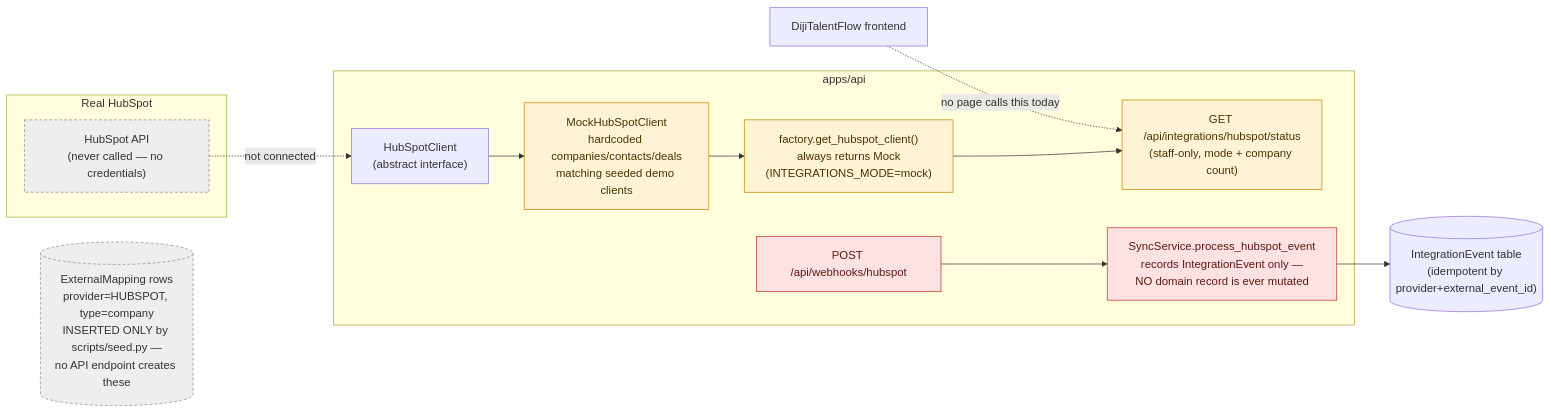
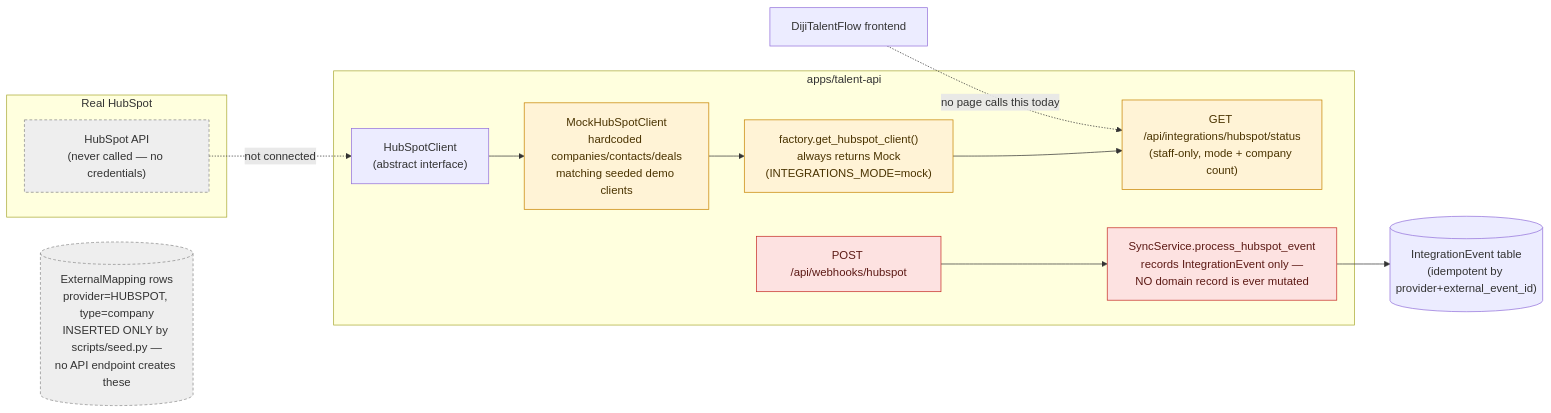
One commit to IMWeeriyasinghe/dijione-platform changed the diagram in docs/diagrams/source/08-hubspot-integration.mmd. Above: the diagram before and after it, drawn with Mermaid. The commit also changed 482 other files, not shown here.

Commit message:
checkpoint: complete DijiOne Phase 2.5 service architecture refactor

```diff
--- a/docs/diagrams/source/08-hubspot-integration.mmd
+++ b/docs/diagrams/source/08-hubspot-integration.mmd
@@ -1,30 +1,30 @@
 flowchart LR
     subgraph Real["Real HubSpot"]
         HS["HubSpot API\n(never called — no credentials)"]
     end
 
-    subgraph Backend["apps/api"]
+    subgraph Backend["apps/talent-api"]
         Iface["HubSpotClient\n(abstract interface)"]
         Mock["MockHubSpotClient\nhardcoded companies/contacts/deals\nmatching seeded demo clients"]
         Factory["factory.get_hubspot_client()\nalways returns Mock\n(INTEGRATIONS_MODE=mock)"]
         Status["GET /api/integrations/hubspot/status\n(staff-only, mode + company count)"]
         WH["POST /api/webhooks/hubspot"]
         Sync["SyncService.process_hubspot_event\nrecords IntegrationEvent only —\nNO domain record is ever mutated"]
     end
 
     DB[("IntegrationEvent table\n(idempotent by provider+external_event_id)")]
     EM[("ExternalMapping rows\nprovider=HUBSPOT, type=company\nINSERTED ONLY by scripts/seed.py —\nno API endpoint creates these")]
 
     UI["DijiTalentFlow frontend"]
 
     HS -. "not connected" .-> Iface
     Iface --> Mock --> Factory --> Status
     UI -. "no page calls this today" .-> Status
     WH --> Sync --> DB
 
     classDef mocked fill:#fff3d6,stroke:#c78300,color:#4a3300;
     classDef stub fill:#fde2e1,stroke:#c62d26,color:#5c1a15;
     classDef notimpl fill:#eee,stroke:#888,color:#333,stroke-dasharray: 4 3;
     class Mock,Factory,Status mocked
     class WH,Sync stub
     class HS,EM notimpl
```
